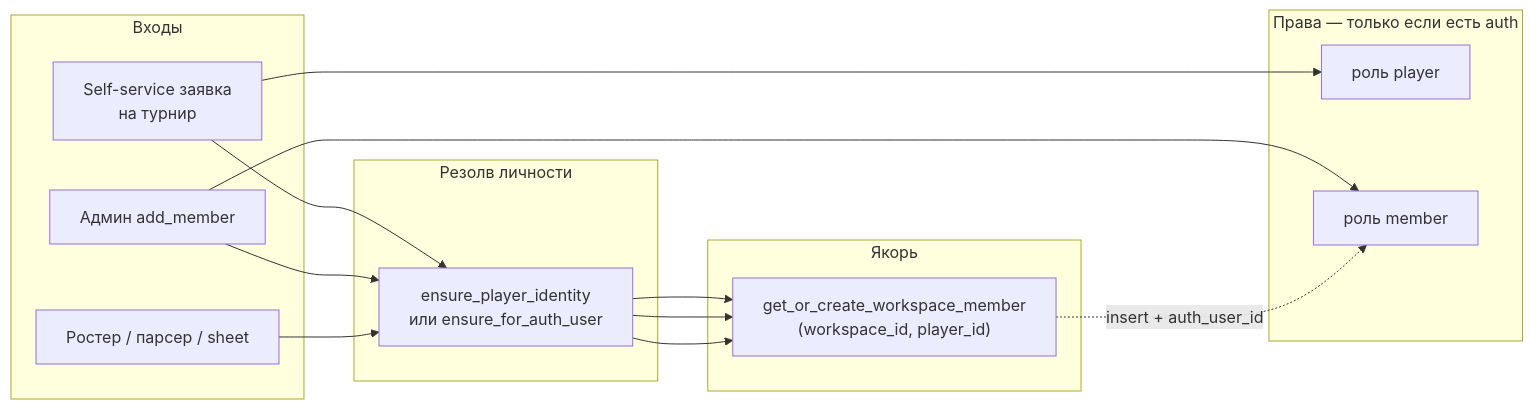
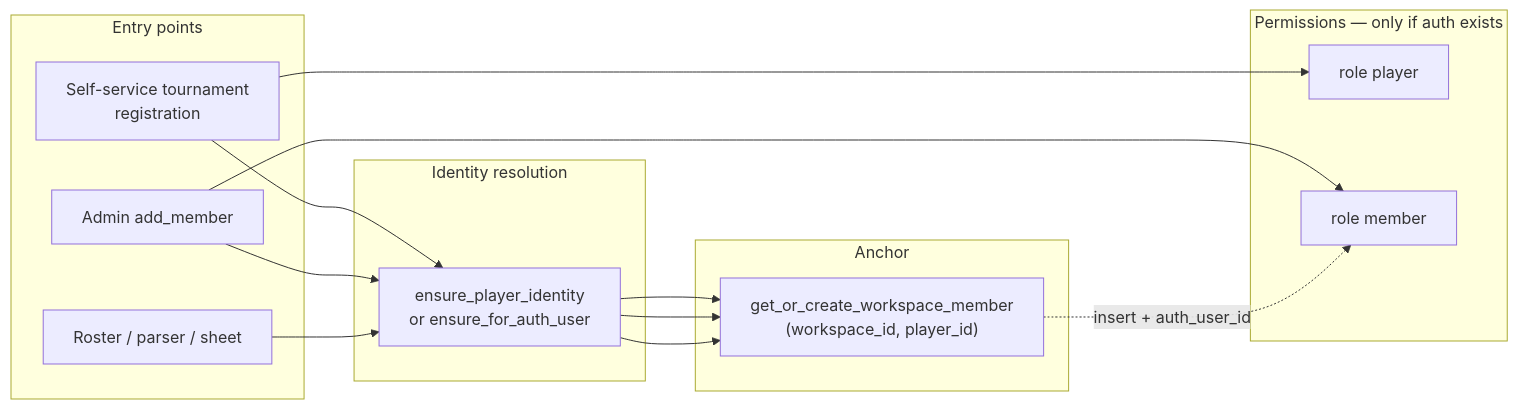
The third of 6 diagrams in docs/users-identity.md (CraazzzyyFoxx/anak-tournaments), drawn with Mermaid before and after one commit. The commit also changed other lines of this file and 60 other files, not shown here.

````diff
--- a/docs/users-identity.md
+++ b/docs/users-identity.md
@@ -468,28 +467,28 @@
 ```mermaid
 flowchart LR
-  subgraph entries["Входы"]
-    REG["Self-service заявка\nна турнир"]
-    ADM["Админ add_member"]
-    IMP["Ростер / парсер / sheet"]
+  subgraph entries["Entry points"]
+    REG["Self-service tournament\nregistration"]
+    ADM["Admin add_member"]
+    IMP["Roster / parser / sheet"]
   end
 
-  subgraph resolve["Резолв личности"]
-    EP["ensure_player_identity\nили ensure_for_auth_user"]
+  subgraph resolve["Identity resolution"]
+    EP["ensure_player_identity\nor ensure_for_auth_user"]
   end
 
-  subgraph anchor["Якорь"]
+  subgraph anchor["Anchor"]
     GOC["get_or_create_workspace_member\n(workspace_id, player_id)"]
   end
 
-  subgraph rbac["Права — только если есть auth"]
-    PL["роль player"]
-    MB["роль member"]
+  subgraph rbac["Permissions — only if auth exists"]
+    PL["role player"]
+    MB["role member"]
   end
 
   REG --> EP --> GOC
   ADM --> EP --> GOC
   IMP --> EP --> GOC
   REG --> PL
   ADM --> MB
   GOC -.->|insert + auth_user_id| MB
 ```
````
